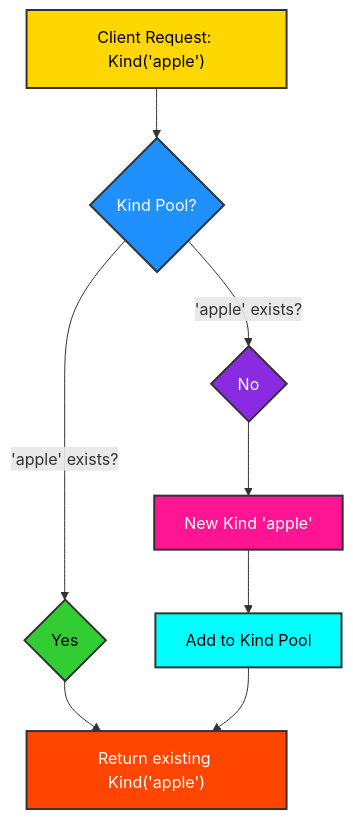
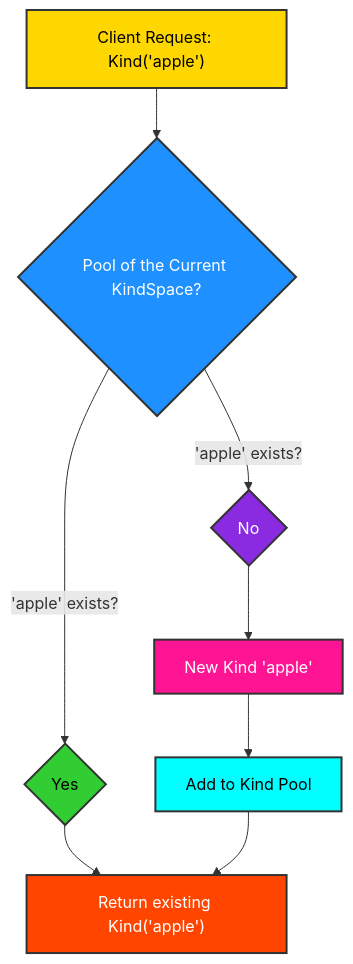
One commit to ikko/kind changed the diagram in docs/topics/2_flyweight_design/index.md. Above: the diagram before and after it, drawn with Mermaid. The commit also changed other lines of this file and 78 other files, not shown here.

First line of the commit message:
v0.2.0: KindSpace makes the global state explicit; time is opt-in; scheduling is its own package

````diff
--- a/docs/topics/2_flyweight_design/index.md
+++ b/docs/topics/2_flyweight_design/index.md
@@ -9,18 +9,18 @@
 ```mermaid
 graph TD
-    A[Client Request: Kind#40;'apple'#41;] --> B{Kind Pool?};
+    A[Client Request: Kind#40;'apple'#41;] --> B{Pool of the Current KindSpace?};
     B -- "'apple' exists?" --> C{Yes};
     C --> D[Return existing Kind#40;'apple'#41;];
     B -- "'apple' exists?" --> E{No};
     E --> F[New Kind 'apple'];
     F --> G[Add to Kind Pool];
     G --> D;
 
     style A fill:#FFD700,stroke:#333,stroke-width:2px,color:#000000;
     style B fill:#1E90FF,stroke:#333,stroke-width:2px,color:#FFFFFF;
     style C fill:#32CD32,stroke:#333,stroke-width:2px,color:#000000;
     style D fill:#FF4500,stroke:#333,stroke-width:2px,color:#FFFFFF;
     style E fill:#8A2BE2,stroke:#333,stroke-width:2px,color:#FFFFFF;
     style F fill:#FF1493,stroke:#333,stroke-width:2px,color:#FFFFFF;
     style G fill:#00FFFF,stroke:#333,stroke-width:2px,color:#000000;
 ```
````
